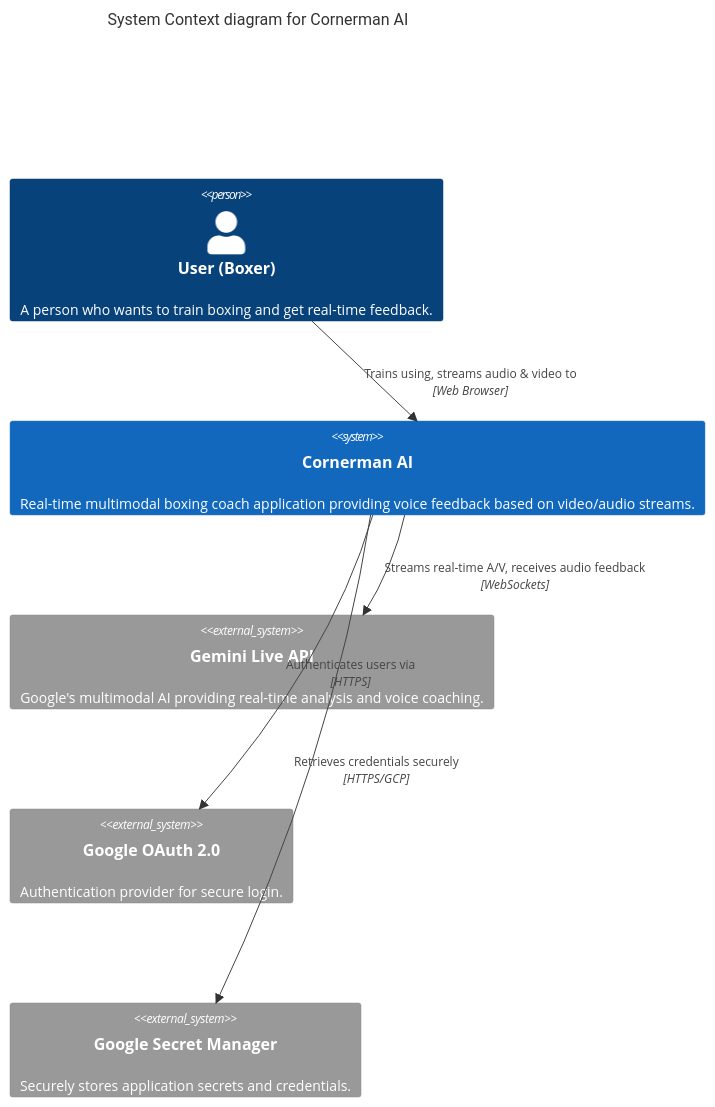
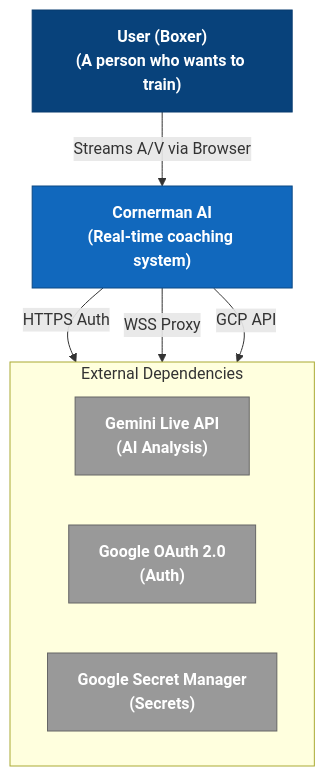
Before and after one commit to yuriybon/boxing-coach: the diagram in docs/C4/01-system-context.mmd, drawn with Mermaid. The commit also changed 2 other files, not shown here.

Commit message:
Added Architecture C4 improvements other

```diff
--- a/docs/C4/01-system-context.mmd
+++ b/docs/C4/01-system-context.mmd
@@ -1,19 +1,22 @@
-%%{init: {"flowchart": {"defaultRenderer": "elk"}}}%%
-C4Context
-    title System Context diagram for Cornerman AI
+graph TD
+    %% Define C4-like styles
+    classDef person fill:#08427b,stroke:#073b6e,color:white,font-weight:bold
+    classDef system fill:#1168bd,stroke:#0b4884,color:white,font-weight:bold
+    classDef external fill:#999999,stroke:#666666,color:white,font-weight:bold
+
+    %% Nodes
+    User["User (Boxer)<br/>(A person who wants to train)"]:::person
+    Cornerman["Cornerman AI<br/>(Real-time coaching system)"]:::system
     
-    Person(user, "User (Boxer)", "A person who wants to train boxing and get real-time feedback.")
-    
-    System(cornerman, "Cornerman AI", "Real-time multimodal boxing coach application providing voice feedback based on video/audio streams.")
-    
-    System_Ext(gemini, "Gemini Live API", "Google's multimodal AI providing real-time analysis and voice coaching.")
-    System_Ext(oauth, "Google OAuth 2.0", "Authentication provider for secure login.")
-    System_Ext(secretManager, "Google Secret Manager", "Securely stores application secrets and credentials.")
-    
-    %% ШАГ 1: Сначала строим "вертикальный хребет" (Пользователь -> AI -> OAuth)
-    Rel_D(user, cornerman,  "Trains using, streams audio & video to", "Web Browser")
-    Rel_D(cornerman, oauth, "Authenticates users via", "HTTPS")
-    
-    %% ШАГ 2: Затем добавляем боковые зависимости (Gemini и Secret Manager)
-    Rel_R(cornerman, gemini, "Streams real-time A/V, receives audio feedback", "WebSockets")
-    Rel_L(cornerman, secretManager, "Retrieves credentials securely", "HTTPS/GCP")
+    subgraph External_Systems [External Dependencies]
+        direction LR
+        Gemini["Gemini Live API<br/>(AI Analysis)"]:::external
+        OAuth["Google OAuth 2.0<br/>(Auth)"]:::external
+        SecretManager["Google Secret Manager<br/>(Secrets)"]:::external
+    end
+
+    %% Relationships
+    User -- "Streams A/V via Browser" --> Cornerman
+    Cornerman -- "HTTPS Auth" --> OAuth
+    Cornerman -- "WSS Proxy" --> Gemini
+    Cornerman -- "GCP API" --> SecretManager
```
